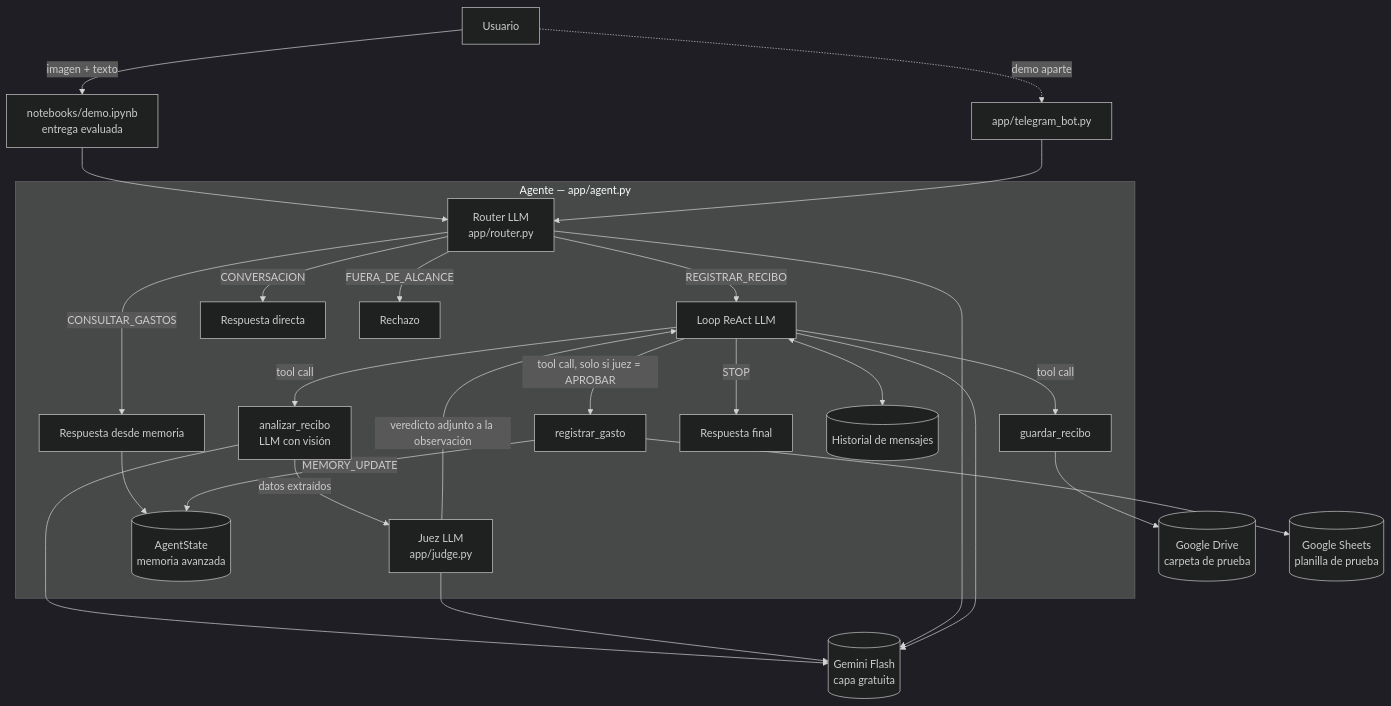
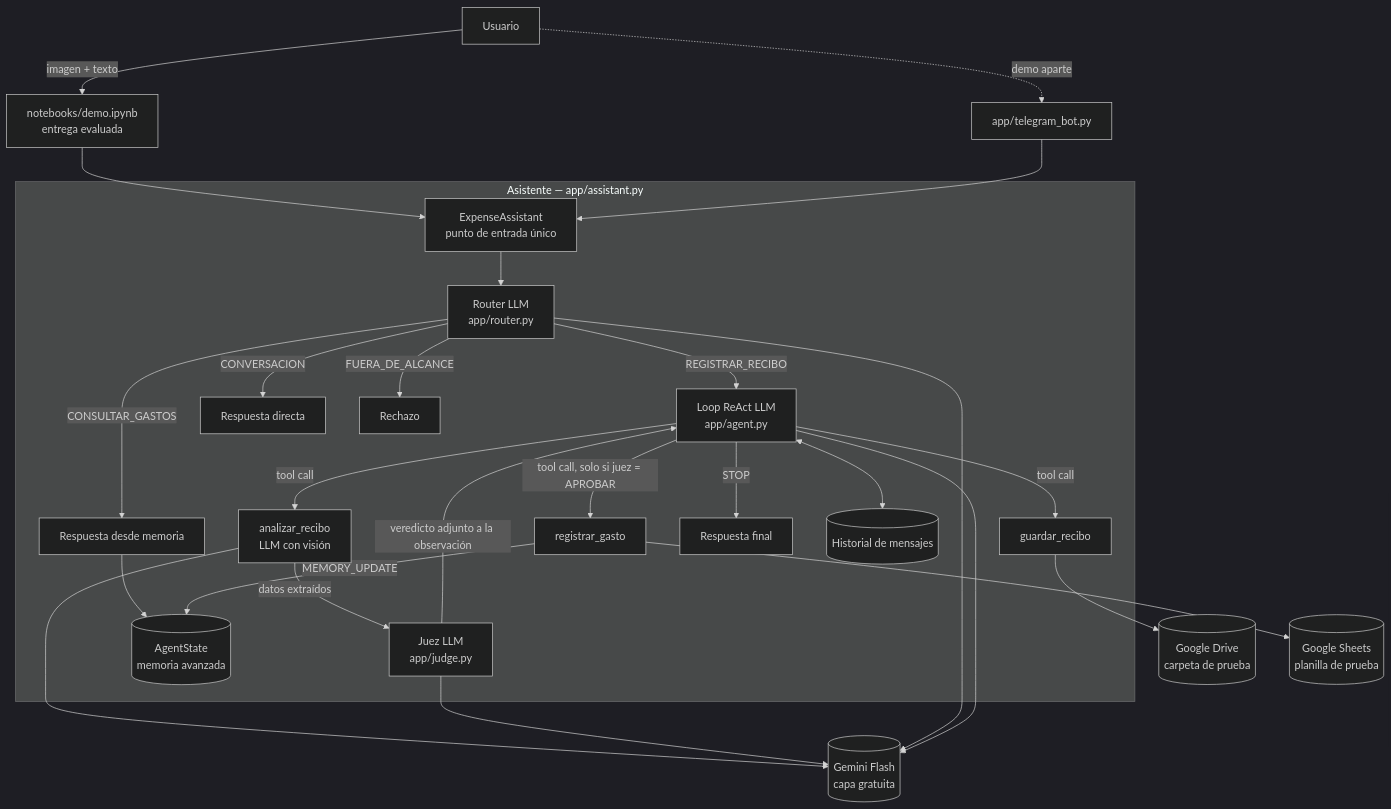
The first of 2 diagrams in docs/architecture.md (gherrerz/Claude-telegram-expense-tracker), drawn with Mermaid (dark theme) before and after one commit. The commit also changed other lines of this file and 12 other files, not shown here.

Commit message:
feat(router): add llm router and single assistant entry point (stage 9)

````diff
--- a/docs/architecture.md
+++ b/docs/architecture.md
@@ -8,32 +8,33 @@
 ```mermaid
 flowchart TD
     U[Usuario] -->|imagen + texto| NB[notebooks/demo.ipynb<br/>entrega evaluada]
     U -.->|demo aparte| TG[app/telegram_bot.py]
-    NB --> RT
-    TG --> RT
+    NB --> AS
+    TG --> AS
 
-    subgraph AG[Agente — app/agent.py]
-        RT[Router LLM<br/>app/router.py] -->|REGISTRAR_RECIBO| RE[Loop ReAct LLM]
+    subgraph AG[Asistente — app/assistant.py]
+        AS[ExpenseAssistant<br/>punto de entrada único] --> RT
+        RT[Router LLM<br/>app/router.py] -->|REGISTRAR_RECIBO| RE[Loop ReAct LLM<br/>app/agent.py]
         RT -->|CONSULTAR_GASTOS| MQ[Respuesta desde memoria]
         RT -->|CONVERSACION| DR[Respuesta directa]
         RT -->|FUERA_DE_ALCANCE| RJ[Rechazo]
         RE -->|tool call| T1[analizar_recibo<br/>LLM con visión]
         T1 -->|datos extraídos| JG[Juez LLM<br/>app/judge.py]
         JG -->|veredicto adjunto a la observación| RE
         RE -->|tool call| T2[guardar_recibo]
         RE -->|tool call, solo si juez = APROBAR| T3[registrar_gasto]
         RE -->|STOP| FR[Respuesta final]
         ST[(AgentState<br/>memoria avanzada)]
         HI[(Historial de mensajes)]
     end
 
     MQ --> ST
     T3 -->|MEMORY_UPDATE| ST
     RE <--> HI
     T1 --> GM[(Gemini Flash<br/>capa gratuita)]
     JG --> GM
     RT --> GM
     RE --> GM
     T2 --> GD[(Google Drive<br/>carpeta de prueba)]
     T3 --> GS[(Google Sheets<br/>planilla de prueba)]
 ```
````
